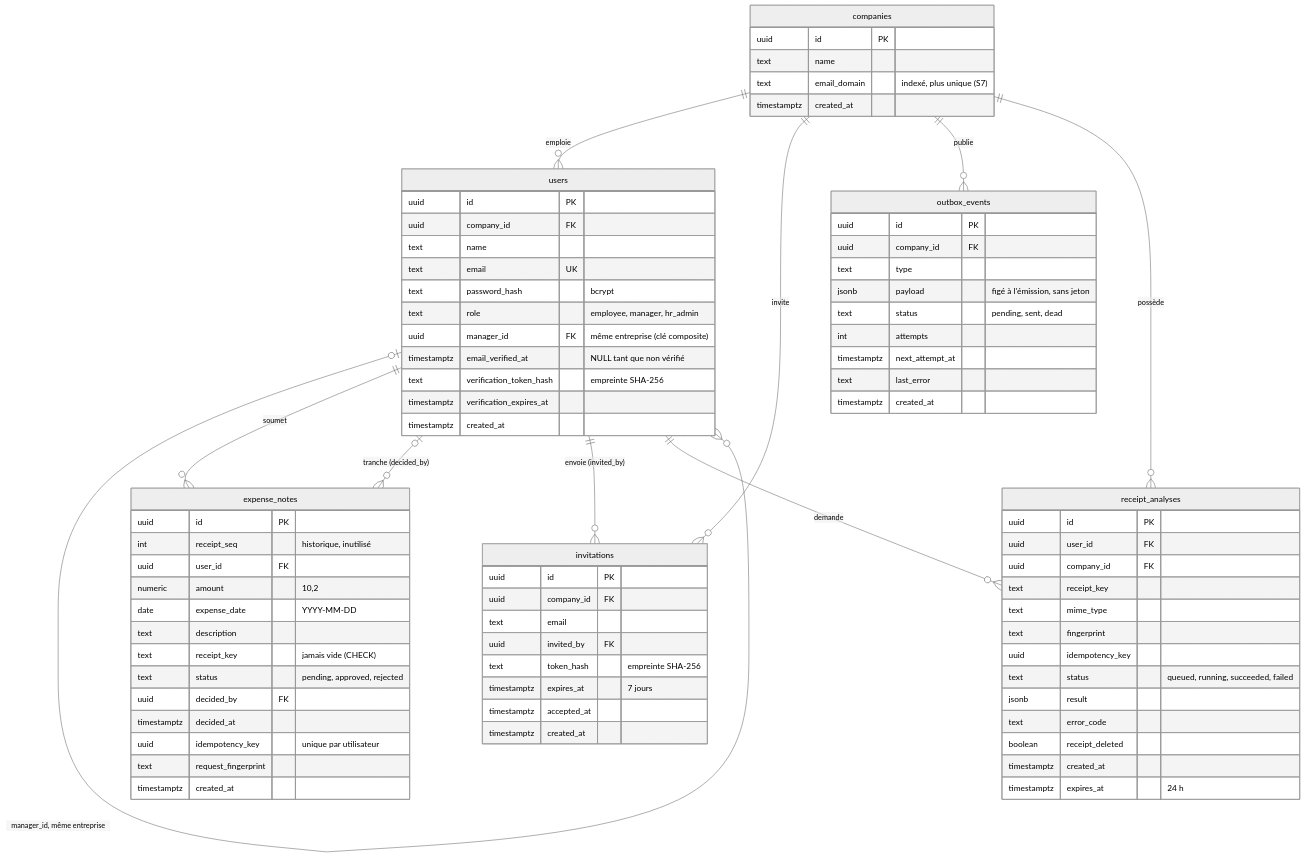
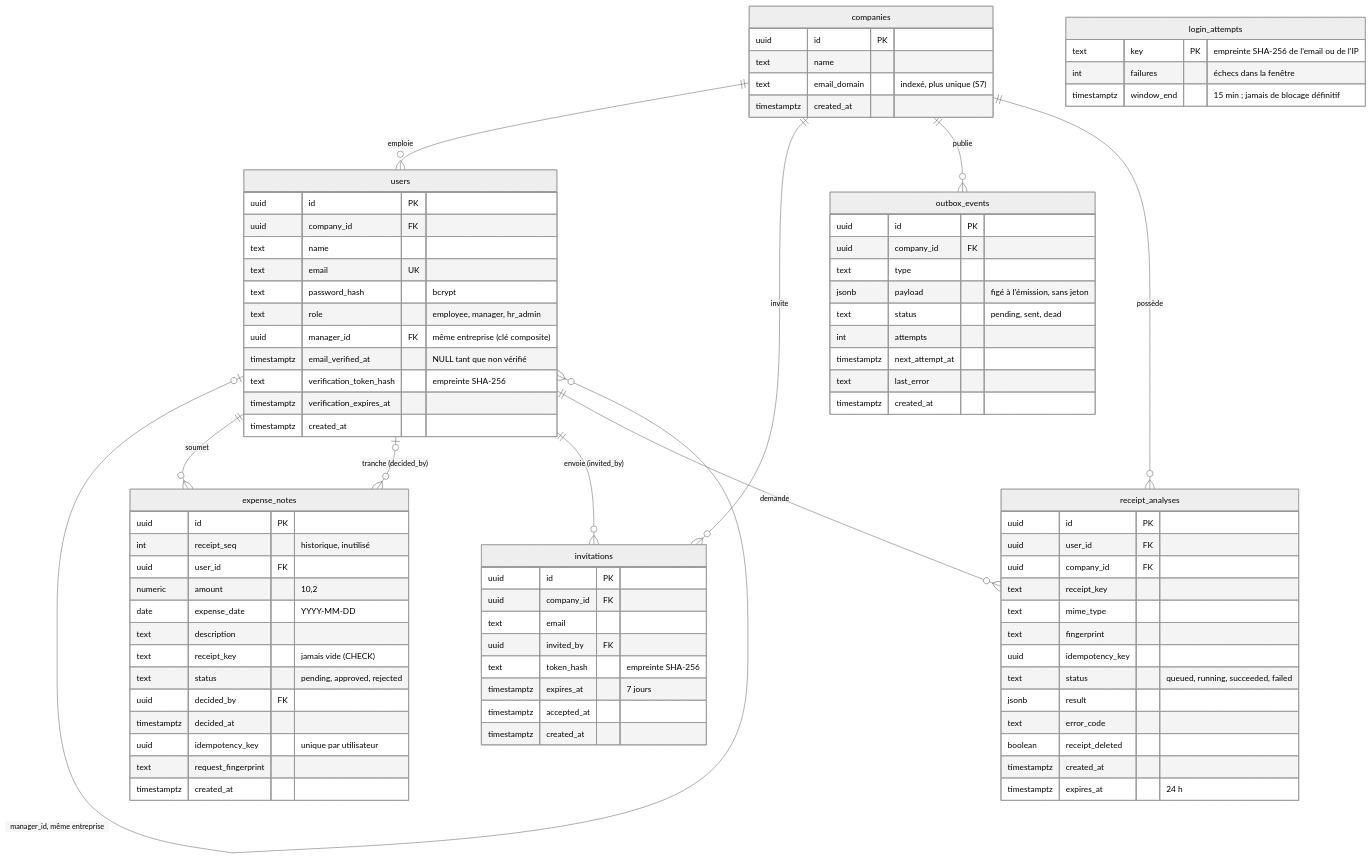
Before and after one commit to 2-MORGAN/expense-io: the diagram in docs/architecture/vues/schema.mmd, drawn with Mermaid (neutral theme). The commit also changed 7 other files, not shown here.

First line of the commit message:
docs: page des développeurs à jour de la #39, Mermaid avec empreinte SRI, tables renommées suivies (WS5)

```diff
--- a/docs/architecture/vues/schema.mmd
+++ b/docs/architecture/vues/schema.mmd
@@ -1,84 +1,89 @@
 erDiagram
   %% Vue écrite à la main : la modifier ici, npm run generate:architecture la recopie dans docs/index.html.
   %% npm run check vérifie qu'elle a chaque table des migrations, et rien d'autre.
 
   companies ||--o{ users : "emploie"
   users |o--o{ users : "manager_id, même entreprise"
   users ||--o{ expense_notes : "soumet"
   users |o--o{ expense_notes : "tranche (decided_by)"
   companies ||--o{ invitations : "invite"
   users ||--o{ invitations : "envoie (invited_by)"
   companies ||--o{ outbox_events : "publie"
   users ||--o{ receipt_analyses : "demande"
   companies ||--o{ receipt_analyses : "possède"
 
   companies {
     uuid id PK
     text name
     text email_domain "indexé, plus unique (S7)"
     timestamptz created_at
   }
   users {
     uuid id PK
     uuid company_id FK
     text name
     text email UK
     text password_hash "bcrypt"
     text role "employee, manager, hr_admin"
     uuid manager_id FK "même entreprise (clé composite)"
     timestamptz email_verified_at "NULL tant que non vérifié"
     text verification_token_hash "empreinte SHA-256"
     timestamptz verification_expires_at
     timestamptz created_at
   }
   expense_notes {
     uuid id PK
     int receipt_seq "historique, inutilisé"
     uuid user_id FK
     numeric amount "10,2"
     date expense_date "YYYY-MM-DD"
     text description
     text receipt_key "jamais vide (CHECK)"
     text status "pending, approved, rejected"
     uuid decided_by FK
     timestamptz decided_at
     uuid idempotency_key "unique par utilisateur"
     text request_fingerprint
     timestamptz created_at
   }
   invitations {
     uuid id PK
     uuid company_id FK
     text email
     uuid invited_by FK
     text token_hash "empreinte SHA-256"
     timestamptz expires_at "7 jours"
     timestamptz accepted_at
     timestamptz created_at
   }
   outbox_events {
     uuid id PK
     uuid company_id FK
     text type
     jsonb payload "figé à l'émission, sans jeton"
     text status "pending, sent, dead"
     int attempts
     timestamptz next_attempt_at
     text last_error
     timestamptz created_at
   }
   receipt_analyses {
     uuid id PK
     uuid user_id FK
     uuid company_id FK
     text receipt_key
     text mime_type
     text fingerprint
     uuid idempotency_key
     text status "queued, running, succeeded, failed"
     jsonb result
     text error_code
     boolean receipt_deleted
     timestamptz created_at
     timestamptz expires_at "24 h"
   }
+  login_attempts {
+    text key PK "empreinte SHA-256 de l'email ou de l'IP"
+    int failures "échecs dans la fenêtre"
+    timestamptz window_end "15 min ; jamais de blocage définitif"
+  }
```
